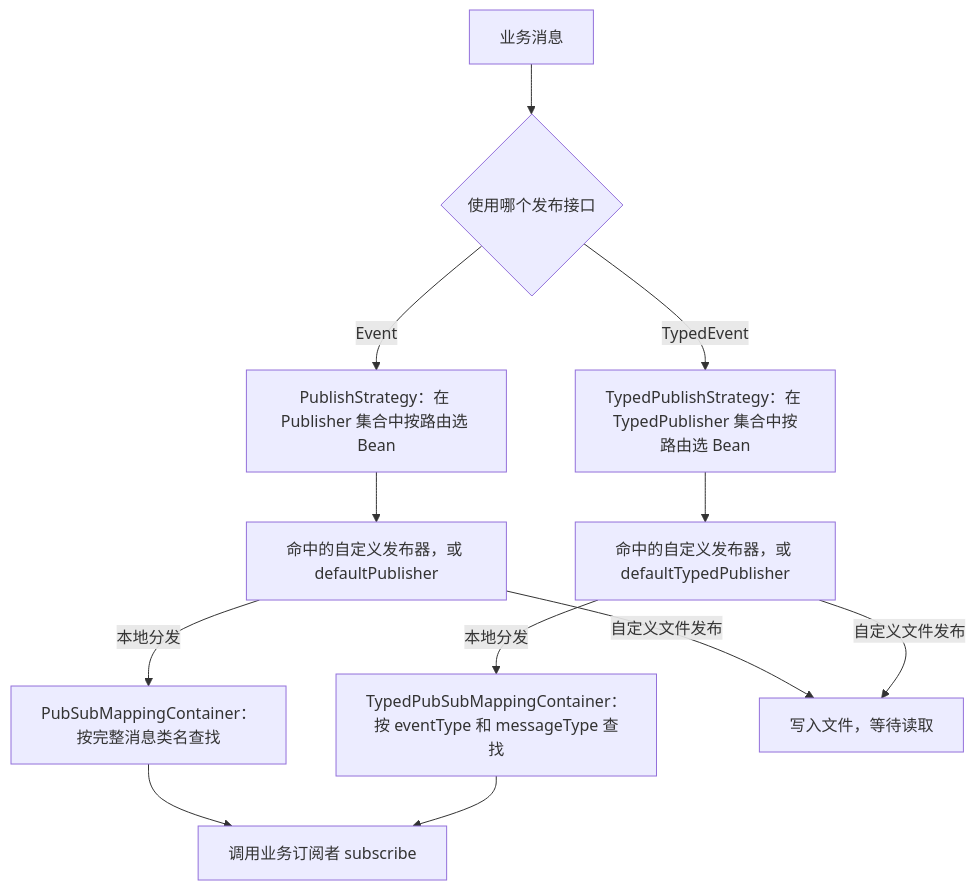
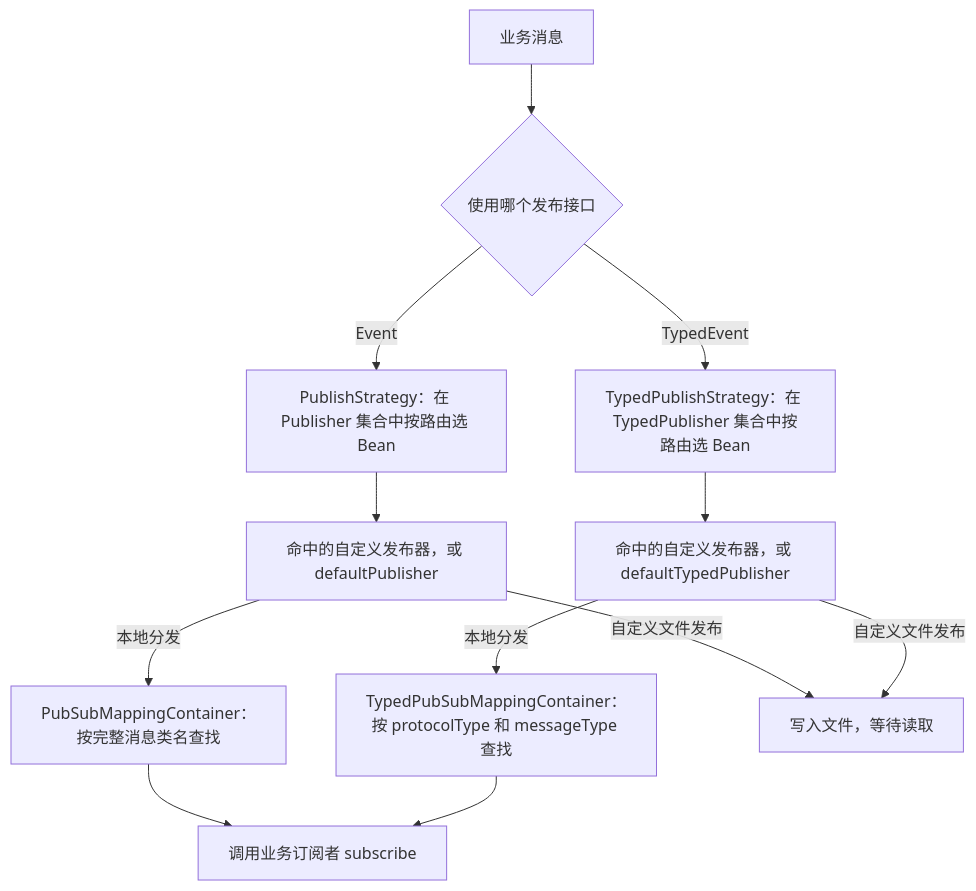
One commit to sparrowzoo/sparrow-messaging-gateway changed the third of 5 diagrams in README.md. Above: the diagram before and after it, drawn with Mermaid. The commit also changed other lines of this file and 51 other files, not shown here.

Commit message:
refactor(messaging): align typed events and gateway protocol

````diff
--- a/README.md
+++ b/README.md
@@ -185,14 +183,14 @@
 ```mermaid
 flowchart TD
     Message["业务消息"] --> StrategyKind{"使用哪个发布接口"}
     StrategyKind -->|"Event"| PlainStrategy["PublishStrategy：在 Publisher 集合中按路由选 Bean"]
     StrategyKind -->|"TypedEvent"| TypedStrategy["TypedPublishStrategy：在 TypedPublisher 集合中按路由选 Bean"]
     PlainStrategy --> PlainPublisher["命中的自定义发布器，或 defaultPublisher"]
     TypedStrategy --> TypedPublisher["命中的自定义发布器，或 defaultTypedPublisher"]
     PlainPublisher -->|"本地分发"| PlainMap["PubSubMappingContainer：按完整消息类名查找"]
-    TypedPublisher -->|"本地分发"| TypedMap["TypedPubSubMappingContainer：按 eventType 和 messageType 查找"]
+    TypedPublisher -->|"本地分发"| TypedMap["TypedPubSubMappingContainer：按 protocolType 和 messageType 查找"]
     PlainMap --> Subscribe["调用业务订阅者 subscribe"]
     TypedMap --> Subscribe
     PlainPublisher -->|"自定义文件发布"| Store["写入文件，等待读取"]
     TypedPublisher -->|"自定义文件发布"| Store
 ```
````
